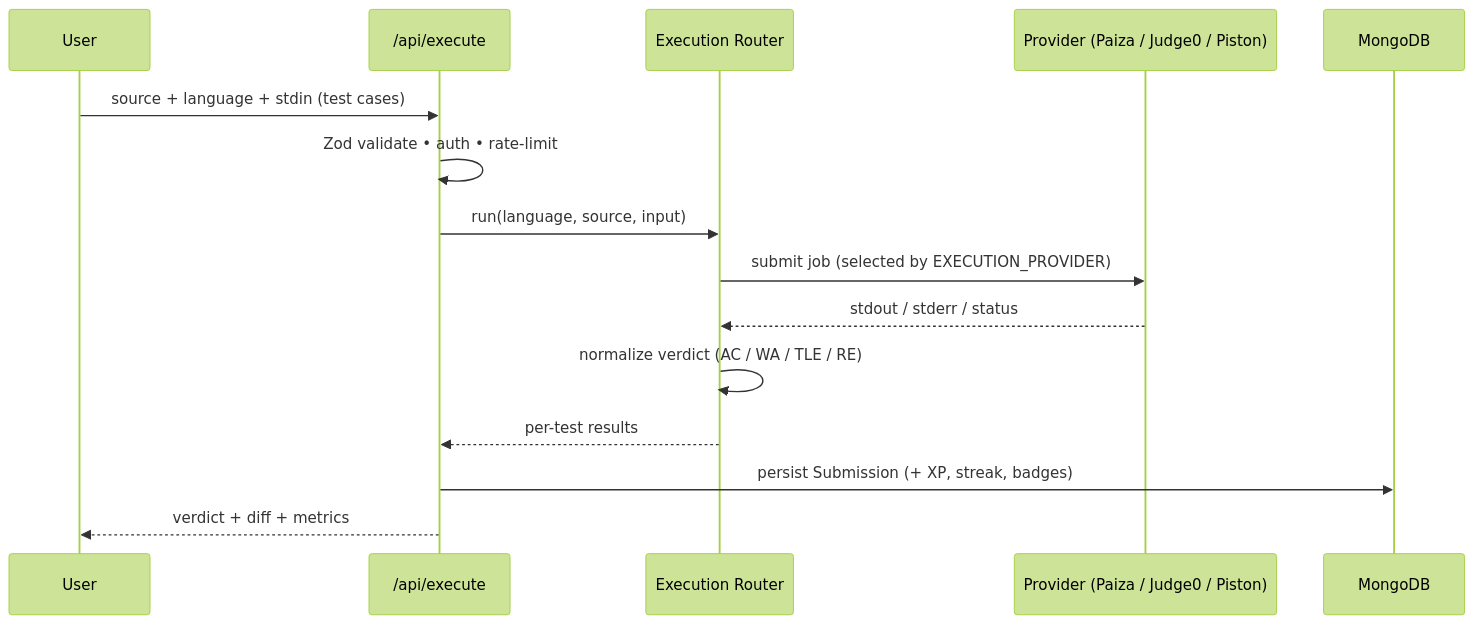
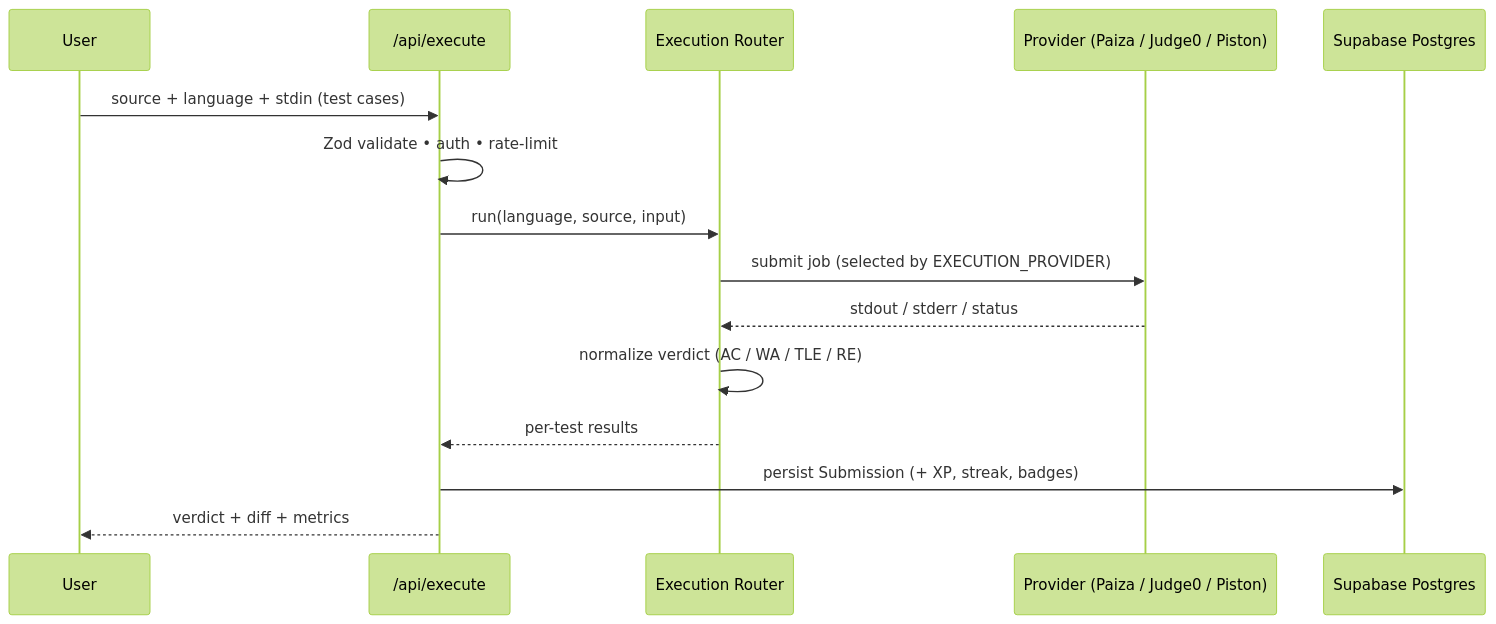
The second of 2 diagrams in README.md (CodeForgeAI-io/Codeforge-AI), drawn with Mermaid (forest theme) before and after one commit. The commit also changed other lines of this file and 3 other files, not shown here.

````diff
--- a/README.md
+++ b/README.md
@@ -109,18 +112,18 @@
 ```mermaid
 sequenceDiagram
     participant U as User
     participant API as /api/execute
     participant R as Execution Router
     participant P as Provider (Paiza / Judge0 / Piston)
-    participant DB as MongoDB
+    participant DB as Supabase Postgres
 
     U->>API: source + language + stdin (test cases)
     API->>API: Zod validate • auth • rate-limit
     API->>R: run(language, source, input)
     R->>P: submit job (selected by EXECUTION_PROVIDER)
     P-->>R: stdout / stderr / status
     R->>R: normalize verdict (AC / WA / TLE / RE)
     R-->>API: per-test results
     API->>DB: persist Submission (+ XP, streak, badges)
     API-->>U: verdict + diff + metrics
 ```
````
